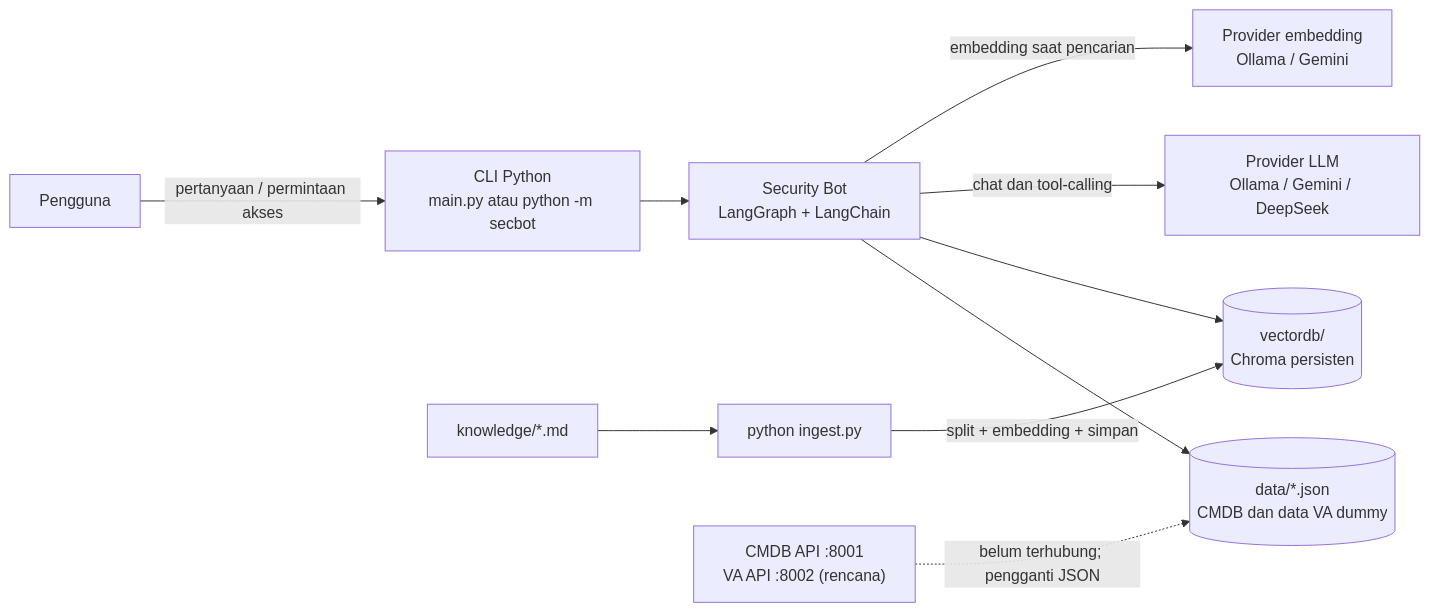
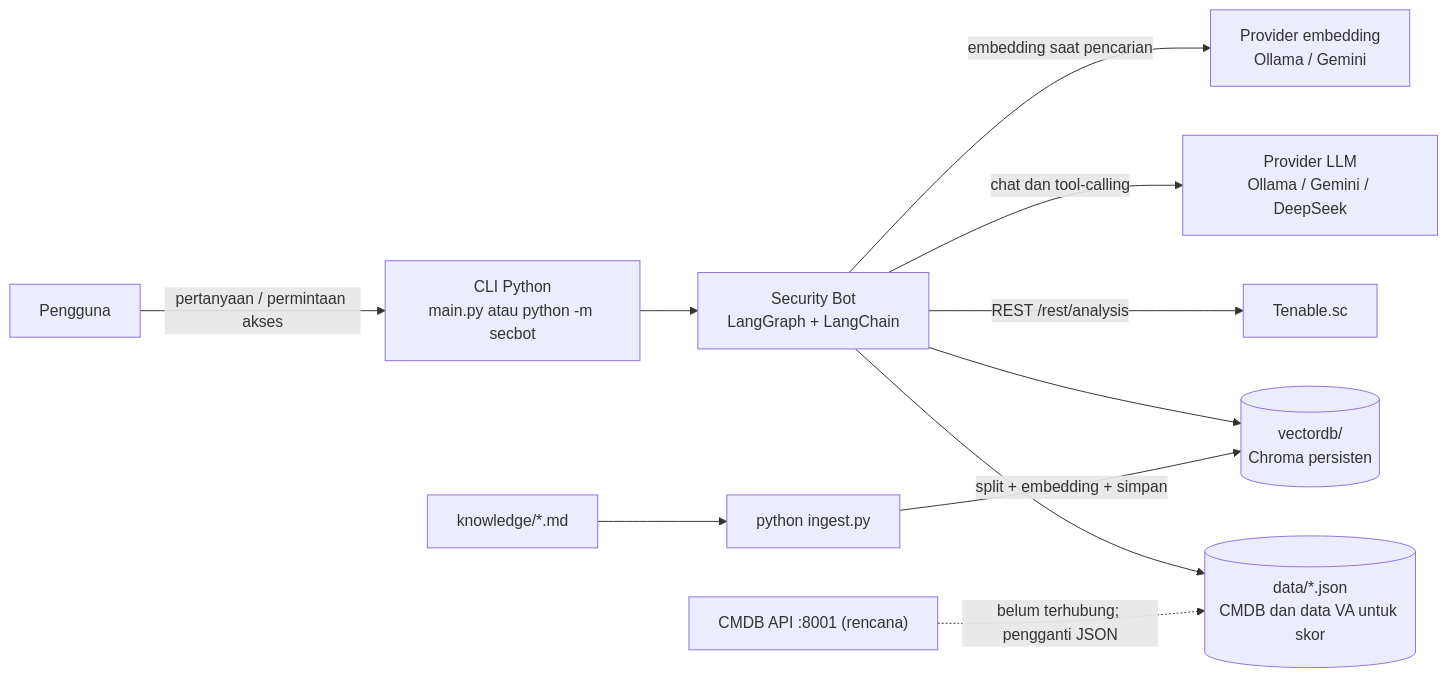
One commit to othmanlutfii/mcp_trial changed the first of 4 diagrams in ARCHITECTURE.md. Above: the diagram before and after it, drawn with Mermaid. The commit also changed other lines of this file and 31 other files, not shown here.

````diff
--- a/ARCHITECTURE.md
+++ b/ARCHITECTURE.md
@@ -9,15 +9,16 @@
 ```mermaid
 flowchart LR
     U["Pengguna"] -->|"pertanyaan / permintaan akses"| CLI["CLI Python<br/>main.py atau python -m secbot"]
     CLI --> APP["Security Bot<br/>LangGraph + LangChain"]
 
-    APP --> JSON[("data/*.json<br/>CMDB dan data VA dummy")]
+    APP --> JSON[("data/*.json<br/>CMDB dan data VA untuk skor")]
+    APP -->|"REST /rest/analysis"| TENABLE["Tenable.sc"]
     APP --> KB[("vectordb/<br/>Chroma persisten")]
     MD["knowledge/*.md"] --> INGEST["python ingest.py"]
     INGEST -->|"split + embedding + simpan"| KB
 
     APP -->|"chat dan tool-calling"| CHAT["Provider LLM<br/>Ollama / Gemini / DeepSeek"]
     APP -->|"embedding saat pencarian"| EMBED["Provider embedding<br/>Ollama / Gemini"]
 
-    API["CMDB API :8001<br/>VA API :8002 (rencana)"] -.->|"belum terhubung; pengganti JSON"| JSON
+    API["CMDB API :8001 (rencana)"] -.->|"belum terhubung; pengganti JSON"| JSON
 ```
````
